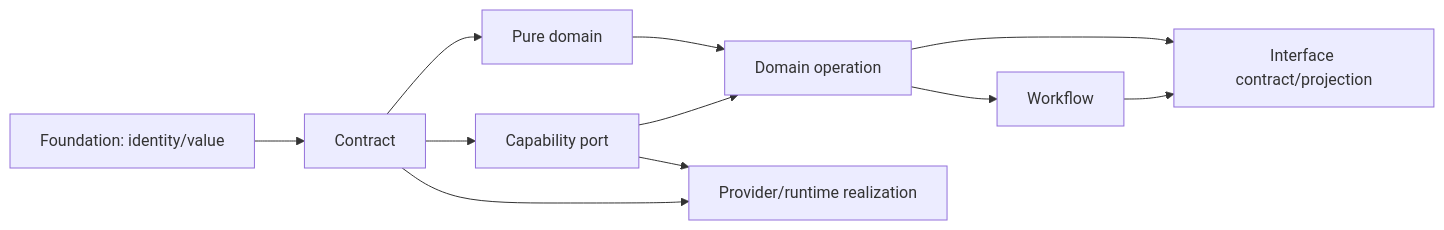
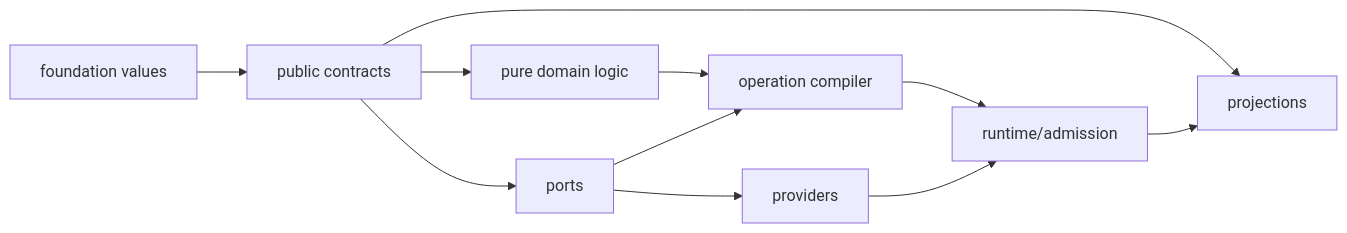
One commit to sec-platform/sec changed the diagram in docs/implementation-architecture/model-and-boundaries.md. Above: the diagram before and after it, drawn with Mermaid. The commit also changed other lines of this file and 37 other files, not shown here.

````diff
--- a/docs/implementation-architecture/model-and-boundaries.md
+++ b/docs/implementation-architecture/model-and-boundaries.md
@@ -451,13 +133,13 @@
 ```mermaid
 flowchart LR
-  F[Foundation: identity/value] --> C[Contract]
-  C --> D[Pure domain]
-  C --> P[Capability port]
-  D --> O[Domain operation]
+  F[foundation values] --> C[public contracts]
+  C --> D[pure domain logic]
+  C --> P[ports]
+  D --> O[operation compiler]
   P --> O
-  O --> W[Workflow]
-  P --> R[Provider/runtime realization]
-  C --> R
-  O --> I[Interface contract/projection]
-  W --> I
+  P --> V[providers]
+  O --> R[runtime/admission]
+  V --> R
+  C --> Q[projections]
+  R --> Q
 ```
````
